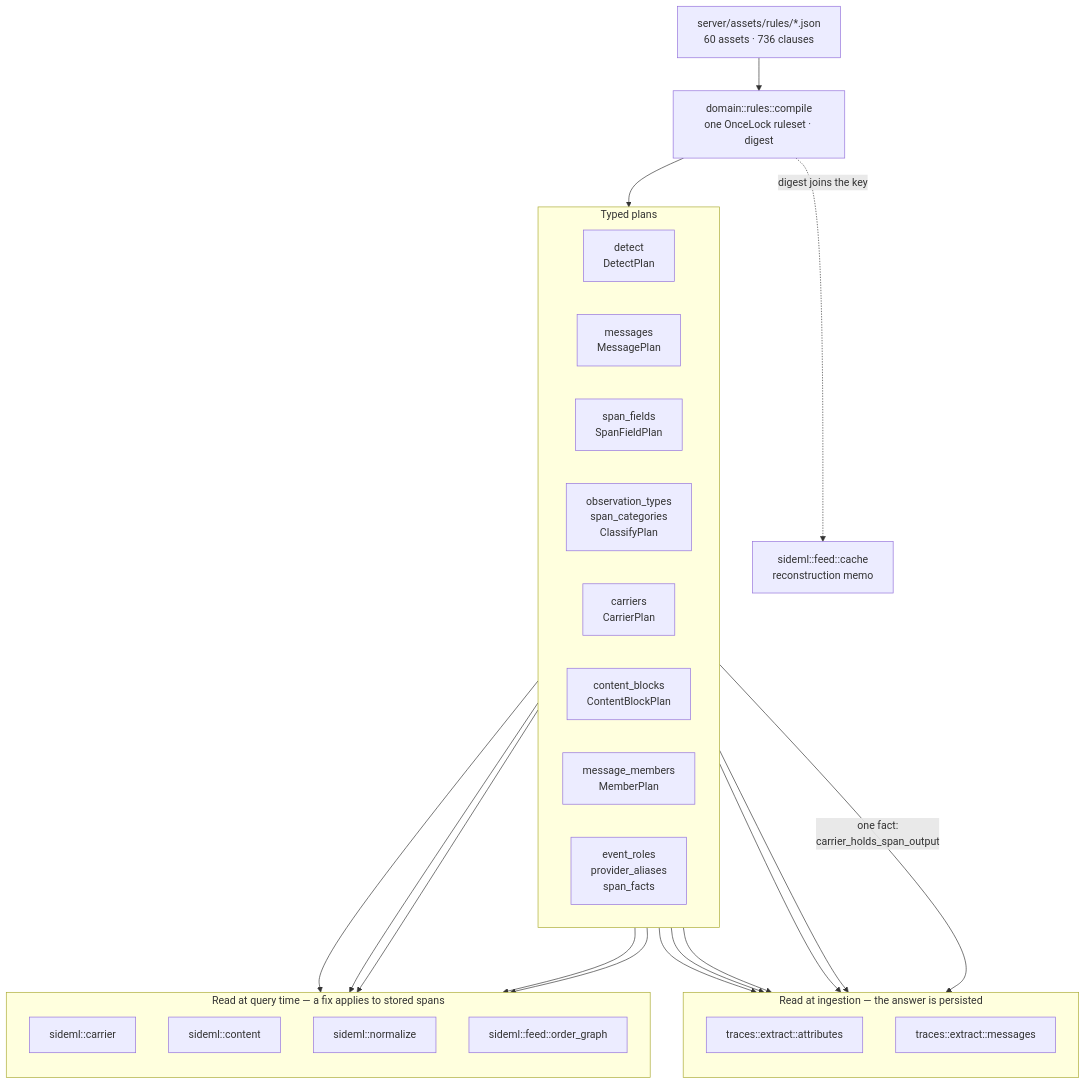
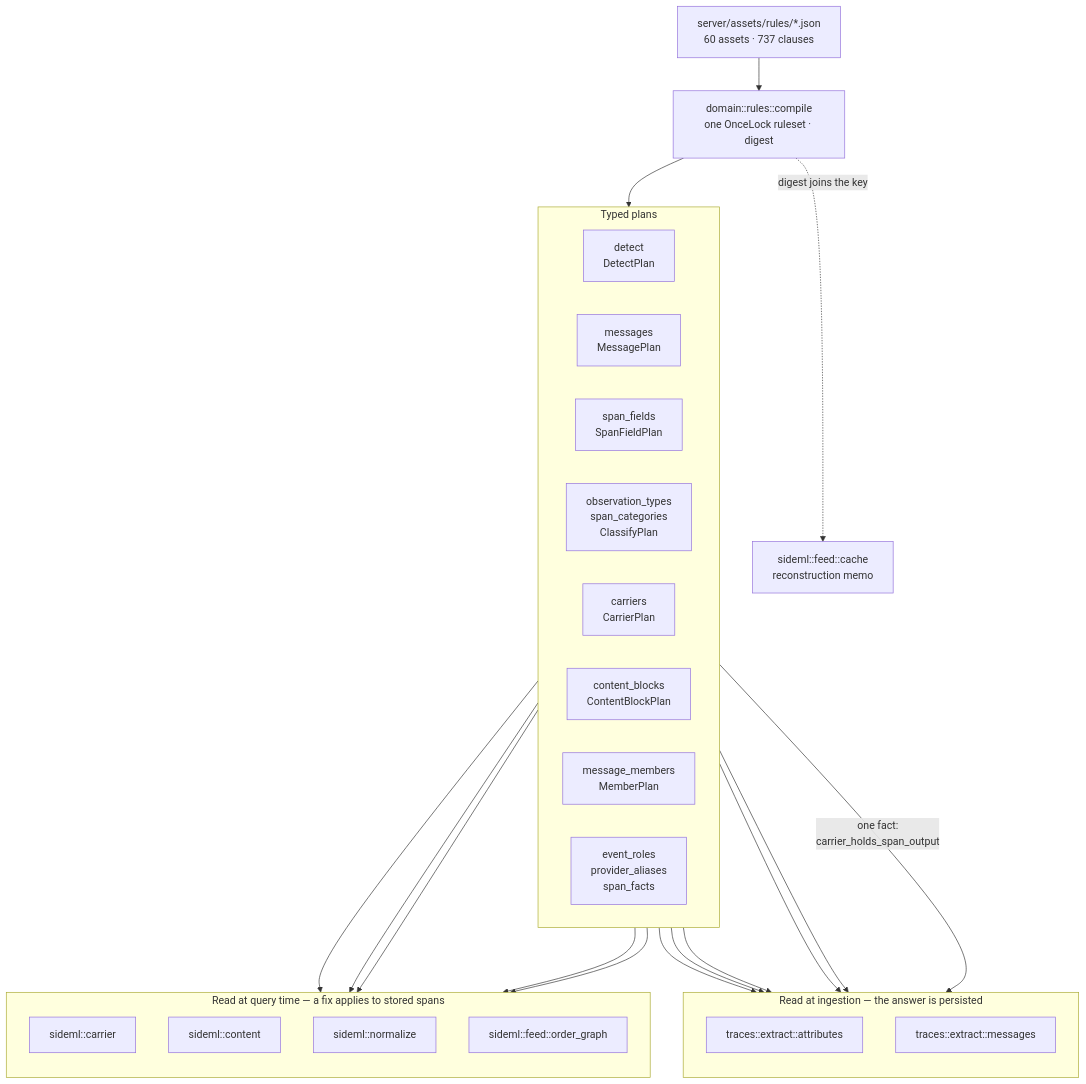
The first of 7 diagrams in docs/engineering/architecture-diagrams.md (sideseat/sideseat), drawn with Mermaid before and after one commit. The commit also changed 15 other files, not shown here.

````diff
--- a/docs/engineering/architecture-diagrams.md
+++ b/docs/engineering/architecture-diagrams.md
@@ -18,47 +18,47 @@
 ```mermaid
 flowchart TB
-    assets["server/assets/rules/*.json<br/>60 assets · 736 clauses"]
+    assets["server/assets/rules/*.json<br/>60 assets · 737 clauses"]
     compile["domain::rules::compile<br/>one OnceLock ruleset · digest"]
     assets --> compile
 
     subgraph plans["Typed plans"]
         direction LR
         detect["detect<br/>DetectPlan"]
         messages["messages<br/>MessagePlan"]
         fields["span_fields<br/>SpanFieldPlan"]
         classify["observation_types<br/>span_categories<br/>ClassifyPlan"]
         carriers["carriers<br/>CarrierPlan"]
         blocks["content_blocks<br/>ContentBlockPlan"]
         members["message_members<br/>MemberPlan"]
         roles["event_roles<br/>provider_aliases<br/>span_facts"]
     end
     compile --> plans
 
     subgraph ingest["Read at ingestion — the answer is persisted"]
         direction TB
         attrs["traces::extract::attributes"]
         msgs["traces::extract::messages"]
     end
 
     subgraph query["Read at query time — a fix applies to stored spans"]
         direction TB
         carrier["sideml::carrier"]
         content["sideml::content"]
         normalize["sideml::normalize"]
         order["sideml::feed::order_graph"]
     end
 
     detect --> attrs
     fields --> attrs
     classify --> attrs
     roles --> attrs
     messages --> msgs
     carriers -->|"one fact:<br/>carrier_holds_span_output"| msgs
     carriers --> carrier
     carriers --> order
     blocks --> content
     members --> content
     roles --> normalize
 
     compile -. "digest joins the key" .-> cache["sideml::feed::cache<br/>reconstruction memo"]
 ```
````
